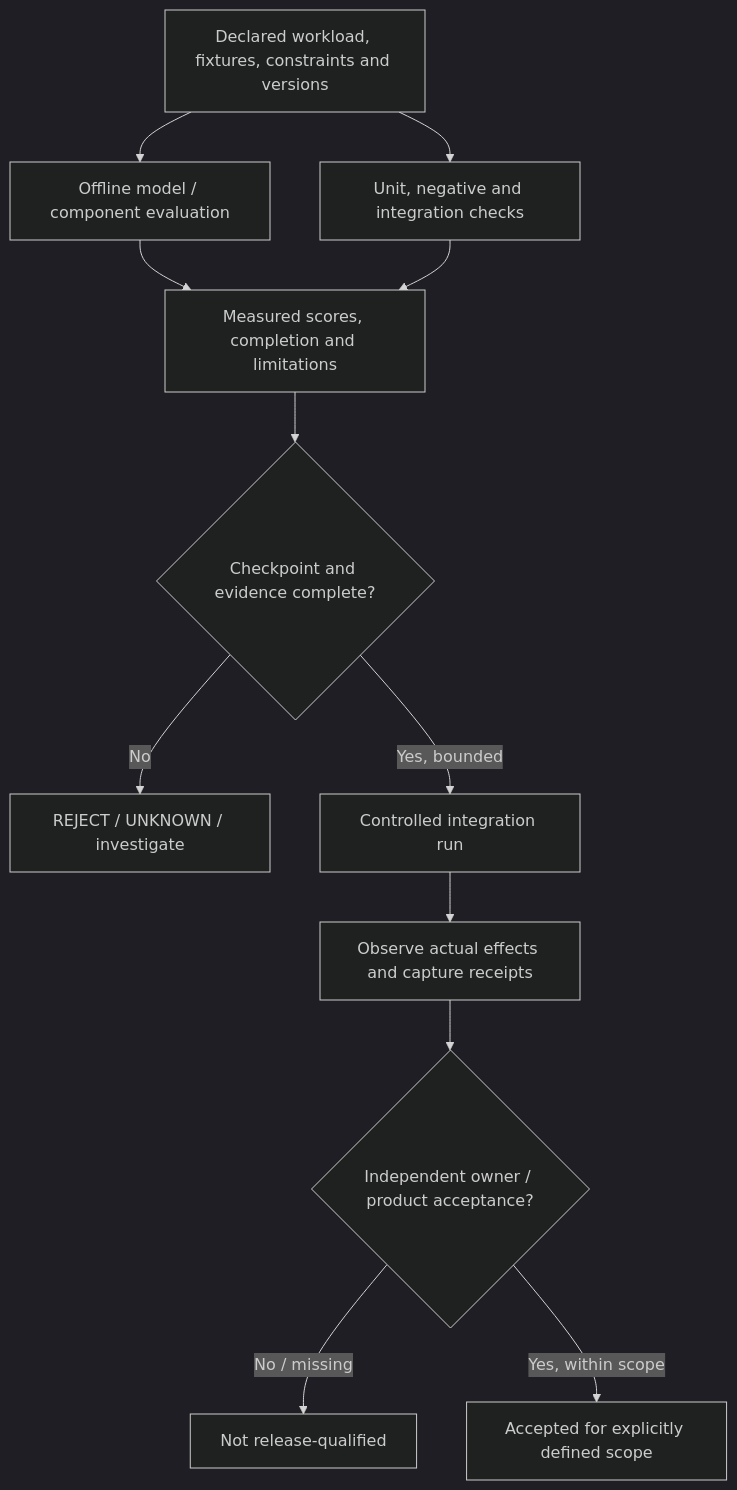
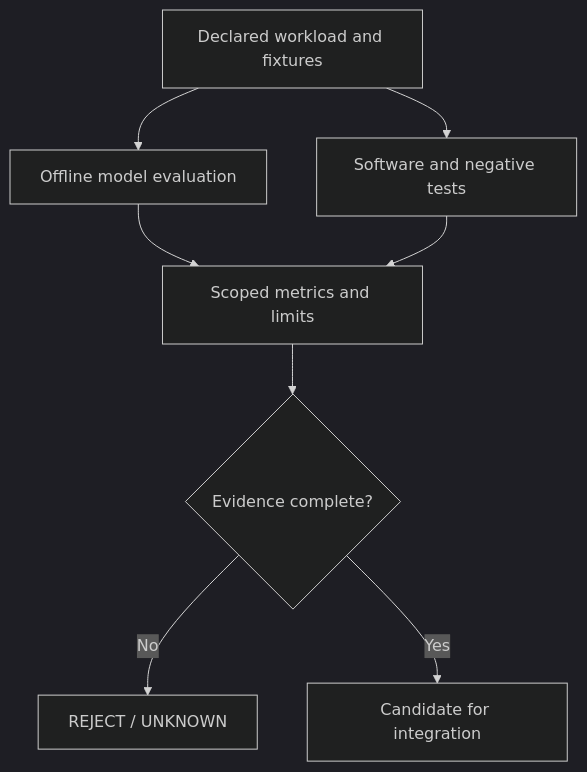
Before and after one commit to Ozzurac/ncma-engineering: the first of 2 diagrams in architecture/measurement-qualification.md, drawn with Mermaid (dark theme). The commit also changed other lines of this file and 5 other files, not shown here.

First line of the commit message:
docs: make NCMA Mermaid architecture flows readable

````diff
--- a/architecture/measurement-qualification.md
+++ b/architecture/measurement-qualification.md
@@ -11,14 +14,10 @@
 ```mermaid
-flowchart TD
-    INPUT["Declared workload, fixtures, constraints and versions"] --> OFFLINE["Offline model / component evaluation"]
-    INPUT --> CODE["Unit, negative and integration checks"]
-    OFFLINE --> REPORT["Measured scores, completion and limitations"]
+flowchart TB
+    INPUT["Declared workload and fixtures"] --> MODEL["Offline model evaluation"]
+    INPUT --> CODE["Software and negative tests"]
+    MODEL --> REPORT["Scoped metrics and limits"]
     CODE --> REPORT
-    REPORT --> GATE{"Checkpoint and evidence complete?"}
-    GATE -->|"No"| REJECT["REJECT / UNKNOWN / investigate"]
-    GATE -->|"Yes, bounded"| INTEGRATE["Controlled integration run"]
-    INTEGRATE --> EFFECT["Observe actual effects and capture receipts"]
-    EFFECT --> OWNER{"Independent owner / product acceptance?"}
-    OWNER -->|"No / missing"| HOLD["Not release-qualified"]
-    OWNER -->|"Yes, within scope"| STATUS["Accepted for explicitly defined scope"]
+    REPORT --> GATE{"Evidence complete?"}
+    GATE -->|"No"| STOP["REJECT / UNKNOWN"]
+    GATE -->|"Yes"| CANDIDATE["Candidate for integration"]
 ```
````
